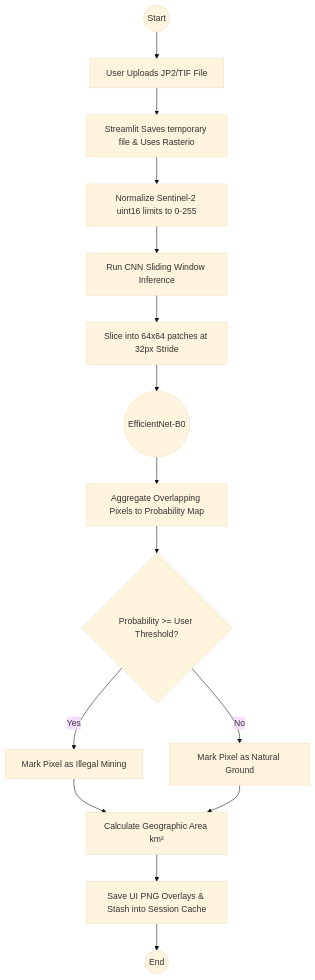
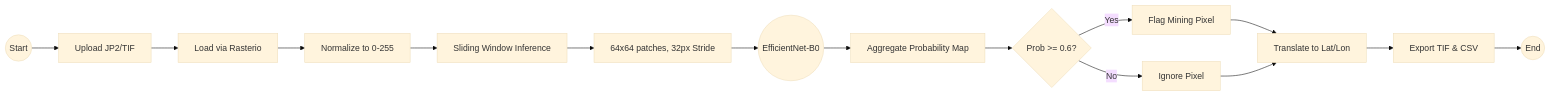
One commit to rohit1404bansal/ILLEGAL-MINING changed the second of 5 diagrams in UML_Diagrams_MineWatch.md. Above: the diagram before and after it, drawn with Mermaid (base theme).

Commit message:
Refactor activity diagram for clarity and updates

````diff
--- a/UML_Diagrams_MineWatch.md
+++ b/UML_Diagrams_MineWatch.md
@@ -24,17 +24,21 @@
 ```mermaid
-flowchart TD
-    Start((Start)) --> Upload[User Uploads JP2/TIF File]
-    Upload --> Load[Streamlit Saves temporary file & Uses Rasterio]
-    Load --> Norm[Normalize Sentinel-2 uint16 limits to 0-255]
-    Norm --> CNN[Run CNN Sliding Window Inference]
-    CNN --> Batching[Slice into 64x64 patches at 32px Stride]
+flowchart LR
+    Start((Start)) --> Upload[Upload JP2/TIF]
+    Upload --> Load[Load via Rasterio]
+    Load --> Norm[Normalize to 0-255]
+    Norm --> CNN[Sliding Window Inference]
+    
+    CNN --> Batching[64x64 patches, 32px Stride]
     Batching --> Model((EfficientNet-B0))
-    Model --> Heatmap[Aggregate Overlapping Pixels to Probability Map]
-    Heatmap --> Threshold{Probability >= User Threshold?}
-    Threshold -- Yes --> Mark[Mark Pixel as Illegal Mining]
-    Threshold -- No --> Ignore[Mark Pixel as Natural Ground]
-    Mark --> Stats[Calculate Geographic Area km²]
-    Ignore --> Stats
-    Stats --> Render[Save UI PNG Overlays & Stash into Session Cache]
-    Render --> End((End))
+    Model --> Heatmap[Aggregate Probability Map]
+    
+    Heatmap --> Threshold{Prob >= 0.6?}
+    Threshold -- Yes --> Mask[Flag Mining Pixel]
+    Threshold -- No --> Ignore[Ignore Pixel]
+    
+    Mask --> GeoRef[Translate to Lat/Lon]
+    Ignore --> GeoRef
+    
+    GeoRef --> Export[Export TIF & CSV]
+    Export --> End((End))
 ```
````
